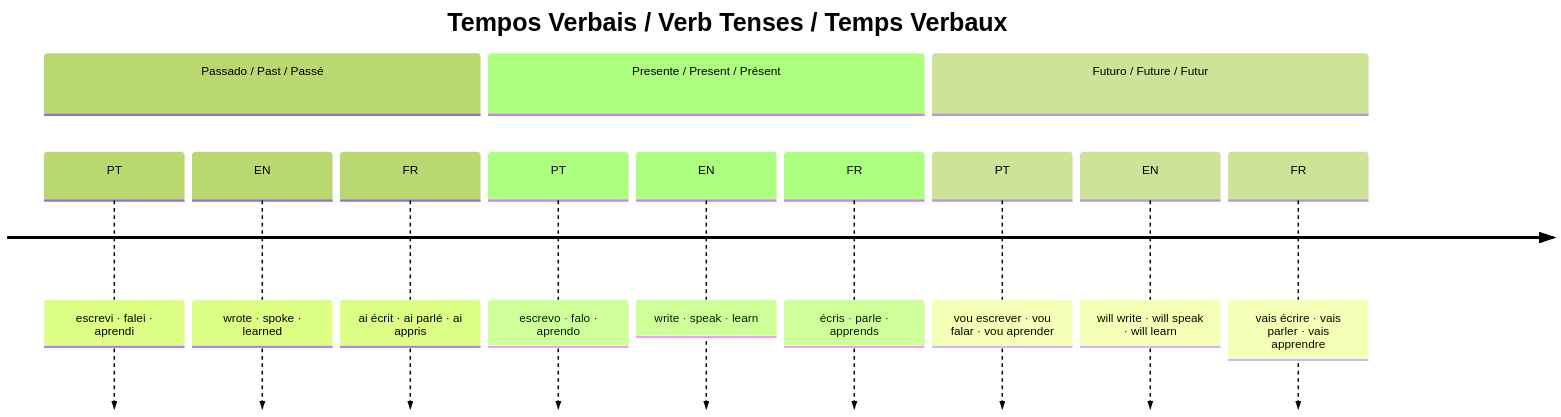
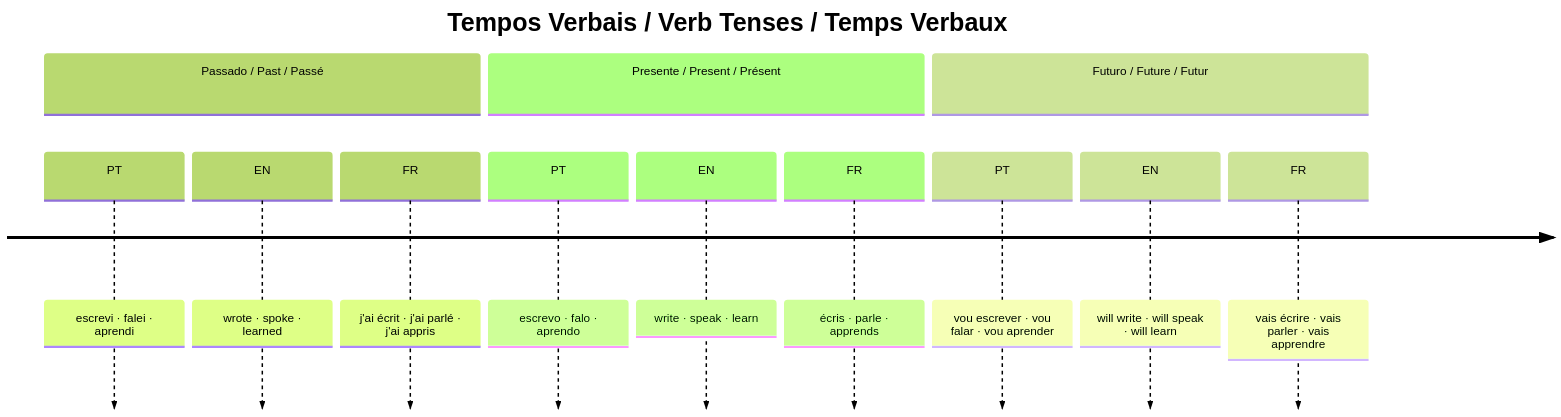
Before and after one commit to GladistoneSouza/mult_lang: the diagram in grammar/01-verb-tenses.md, drawn with Mermaid (forest theme).

Commit message:
fix: correct French passé composé j'ai prefix in verb tenses diagram

````diff
--- a/grammar/01-verb-tenses.md
+++ b/grammar/01-verb-tenses.md
@@ -5,16 +5,16 @@
 ```mermaid
 timeline
     title Tempos Verbais / Verb Tenses / Temps Verbaux
     section Passado / Past / Passé
         PT : escrevi · falei · aprendi
         EN : wrote · spoke · learned
-        FR : ai écrit · ai parlé · ai appris
+        FR : j'ai écrit · j'ai parlé · j'ai appris
     section Presente / Present / Présent
         PT : escrevo · falo · aprendo
         EN : write · speak · learn
         FR : écris · parle · apprends
     section Futuro / Future / Futur
         PT : vou escrever · vou falar · vou aprender
         EN : will write · will speak · will learn
         FR : vais écrire · vais parler · vais apprendre
 ```
````
